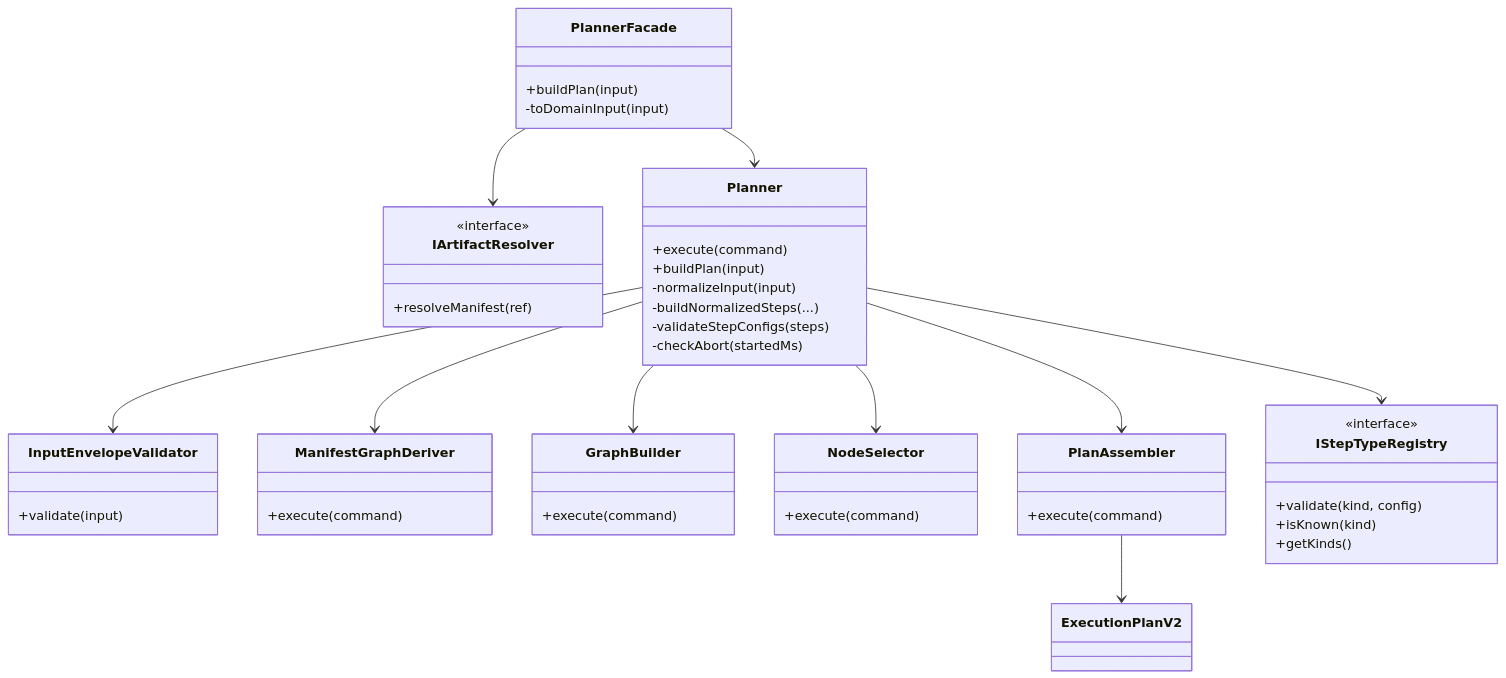
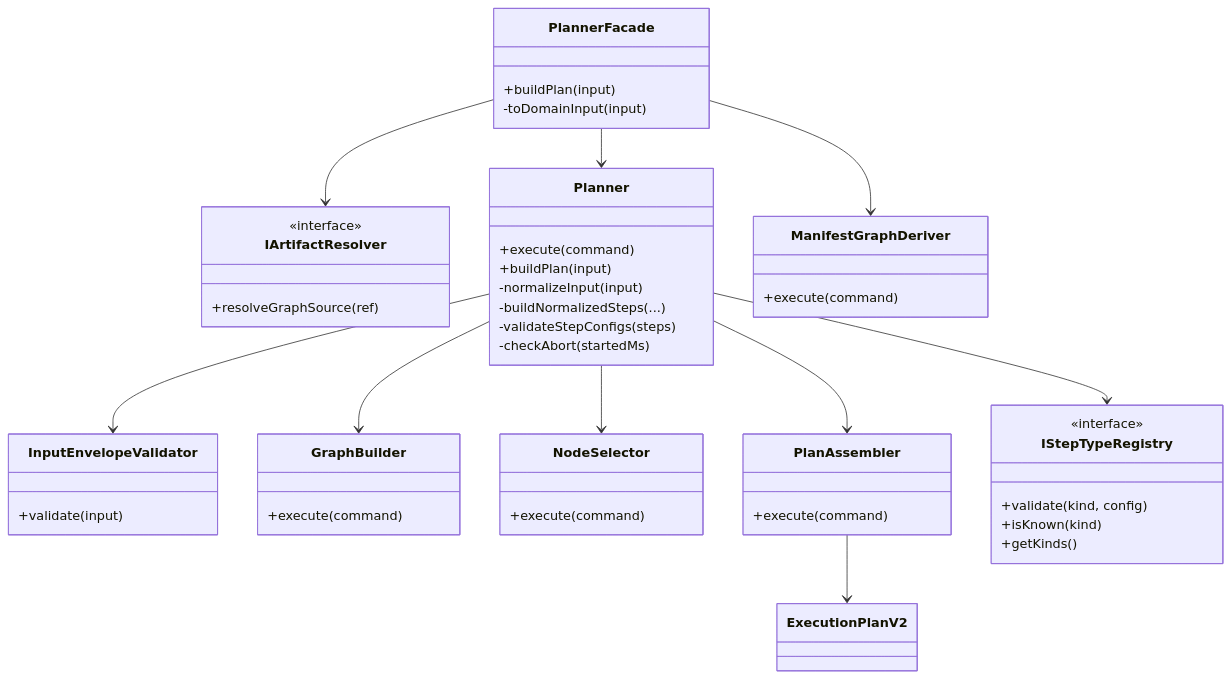
One commit to dunay2/dvt changed the second of 4 diagrams in docs/planning/status/planner-current-state-assessment-20260320.md. Above: the diagram before and after it, drawn with Mermaid. The commit also changed other lines of this file and 27 other files, not shown here.

````diff
--- a/docs/planning/status/planner-current-state-assessment-20260320.md
+++ b/docs/planning/status/planner-current-state-assessment-20260320.md
@@ -255,60 +255,60 @@
 ```mermaid
 classDiagram
     class PlannerFacade {
       +buildPlan(input)
       -toDomainInput(input)
     }
 
     class IArtifactResolver {
       <<interface>>
-      +resolveManifest(ref)
+      +resolveGraphSource(ref)
     }
 
     class Planner {
       +execute(command)
       +buildPlan(input)
       -normalizeInput(input)
       -buildNormalizedSteps(...)
       -validateStepConfigs(steps)
       -checkAbort(startedMs)
     }
 
     class InputEnvelopeValidator {
       +validate(input)
     }
 
     class ManifestGraphDeriver {
       +execute(command)
     }
 
     class GraphBuilder {
       +execute(command)
     }
 
     class NodeSelector {
       +execute(command)
     }
 
     class PlanAssembler {
       +execute(command)
     }
 
     class IStepTypeRegistry {
       <<interface>>
       +validate(kind, config)
       +isKnown(kind)
       +getKinds()
     }
 
     class ExecutionPlanV2
 
     PlannerFacade --> IArtifactResolver
+    PlannerFacade --> ManifestGraphDeriver
     PlannerFacade --> Planner
     Planner --> InputEnvelopeValidator
-    Planner --> ManifestGraphDeriver
     Planner --> GraphBuilder
     Planner --> NodeSelector
     Planner --> PlanAssembler
     Planner --> IStepTypeRegistry
     PlanAssembler --> ExecutionPlanV2
 ```
````
